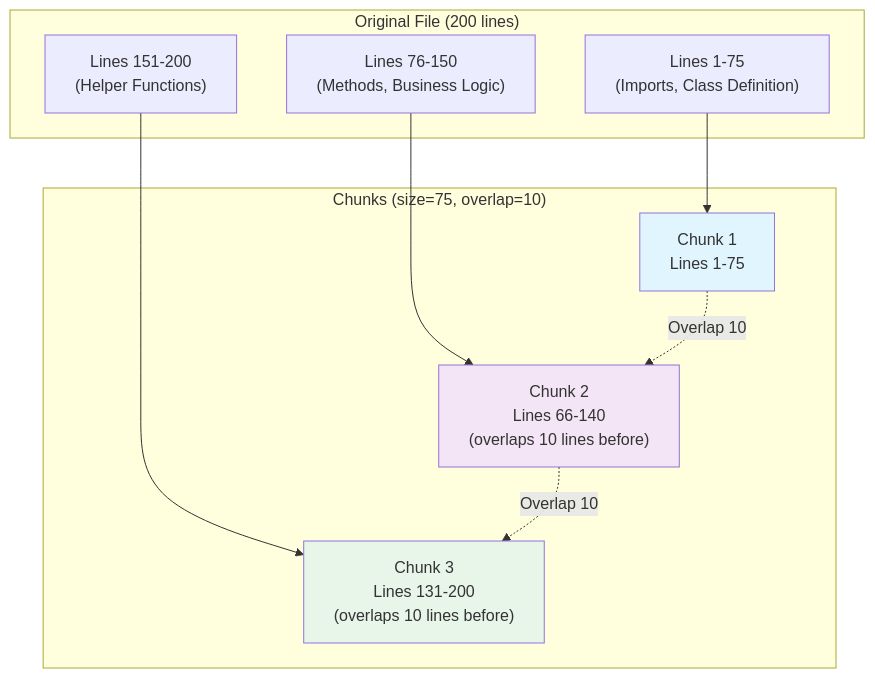
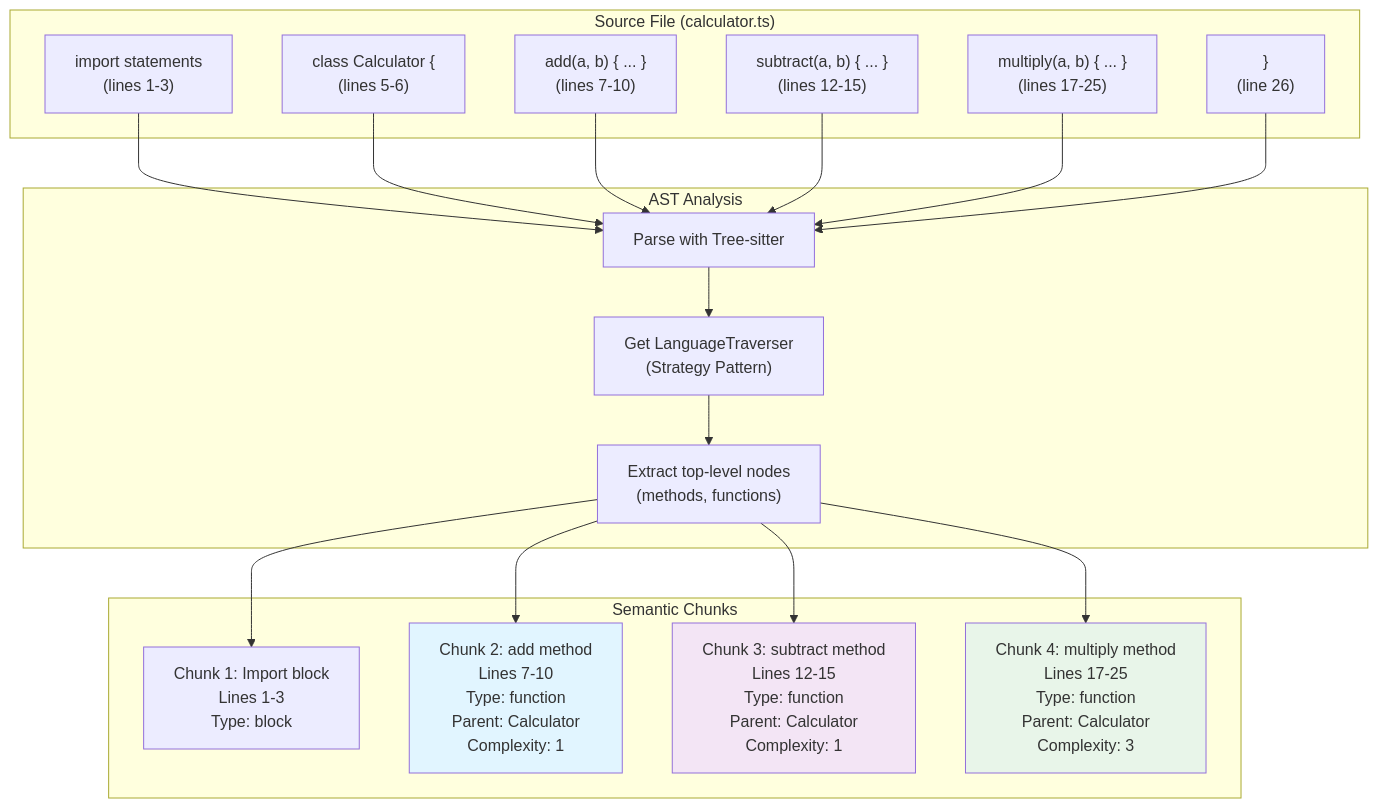
The third of 5 diagrams in docs/architecture/indexing-flow.md (getlien/lien), drawn with Mermaid before and after one commit. The commit also changed other lines of this file and 6 other files, not shown here.

First line of the commit message:
docs: add ADRs and update architecture documentation

````diff
--- a/docs/architecture/indexing-flow.md
+++ b/docs/architecture/indexing-flow.md
@@ -237,25 +246,42 @@
 ```mermaid
 graph TD
-    subgraph "Original File (200 lines)"
-        L1_75["Lines 1-75<br/>(Imports, Class Definition)"]
-        L76_150["Lines 76-150<br/>(Methods, Business Logic)"]
-        L151_200["Lines 151-200<br/>(Helper Functions)"]
+    subgraph "Source File (calculator.ts)"
+        IMPORTS["import statements<br/>(lines 1-3)"]
+        CLASS["class Calculator {<br/>(lines 5-6)"]
+        ADD["  add(a, b) { ... }<br/>(lines 7-10)"]
+        SUB["  subtract(a, b) { ... }<br/>(lines 12-15)"]
+        MUL["  multiply(a, b) { ... }<br/>(lines 17-25)"]
+        CLOSE["}<br/>(line 26)"]
     end
     
-    subgraph "Chunks (size=75, overlap=10)"
-        C1["Chunk 1<br/>Lines 1-75"]
-        C2["Chunk 2<br/>Lines 66-140<br/>(overlaps 10 lines before)"]
-        C3["Chunk 3<br/>Lines 131-200<br/>(overlaps 10 lines before)"]
+    subgraph "AST Analysis"
+        PARSE["Parse with Tree-sitter"]
+        TRAVERSE["Get LanguageTraverser<br/>(Strategy Pattern)"]
+        EXTRACT["Extract top-level nodes<br/>(methods, functions)"]
     end
     
-    L1_75 --> C1
-    L76_150 --> C2
-    L151_200 --> C3
+    subgraph "Semantic Chunks"
+        CHUNK1["Chunk 1: Import block<br/>Lines 1-3<br/>Type: block"]
+        CHUNK2["Chunk 2: add method<br/>Lines 7-10<br/>Type: function<br/>Parent: Calculator<br/>Complexity: 1"]
+        CHUNK3["Chunk 3: subtract method<br/>Lines 12-15<br/>Type: function<br/>Parent: Calculator<br/>Complexity: 1"]
+        CHUNK4["Chunk 4: multiply method<br/>Lines 17-25<br/>Type: function<br/>Parent: Calculator<br/>Complexity: 3"]
+    end
     
-    C1 -.->|Overlap 10| C2
-    C2 -.->|Overlap 10| C3
+    IMPORTS --> PARSE
+    CLASS --> PARSE
+    ADD --> PARSE
+    SUB --> PARSE
+    MUL --> PARSE
+    CLOSE --> PARSE
     
-    style C1 fill:#e1f5ff
-    style C2 fill:#f3e5f5
-    style C3 fill:#e8f5e9
+    PARSE --> TRAVERSE
+    TRAVERSE --> EXTRACT
+    EXTRACT --> CHUNK1
+    EXTRACT --> CHUNK2
+    EXTRACT --> CHUNK3
+    EXTRACT --> CHUNK4
+    
+    style CHUNK2 fill:#e1f5ff
+    style CHUNK3 fill:#f3e5f5
+    style CHUNK4 fill:#e8f5e9
 ```
````
